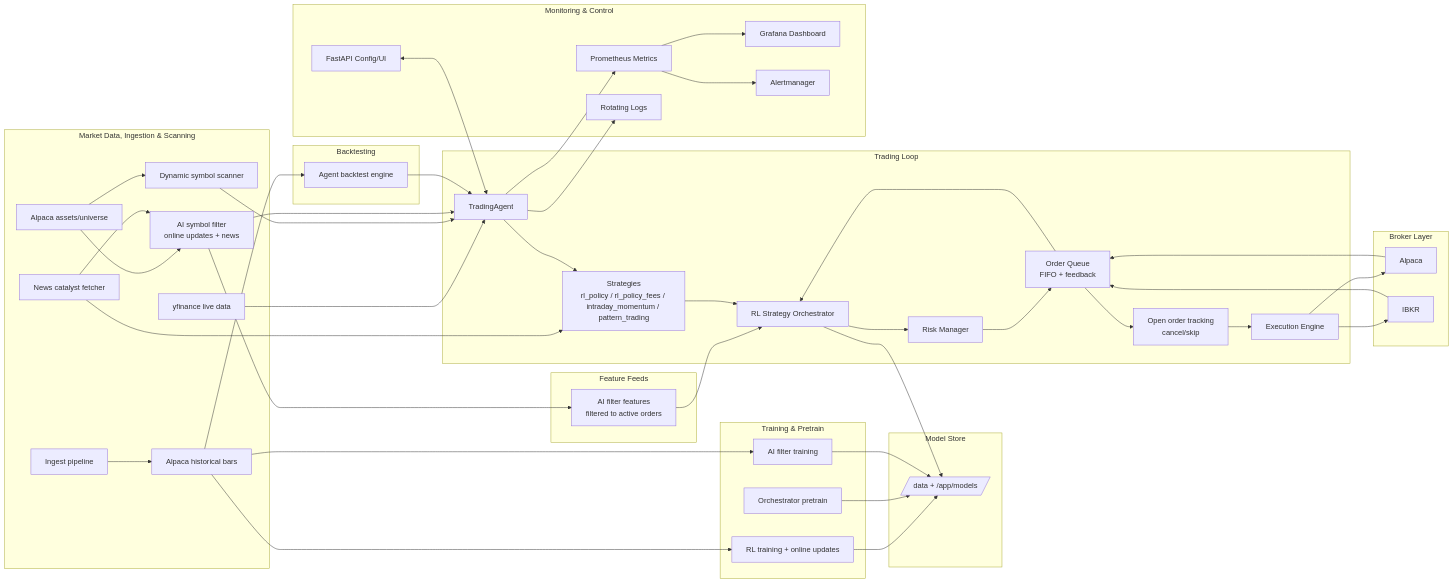
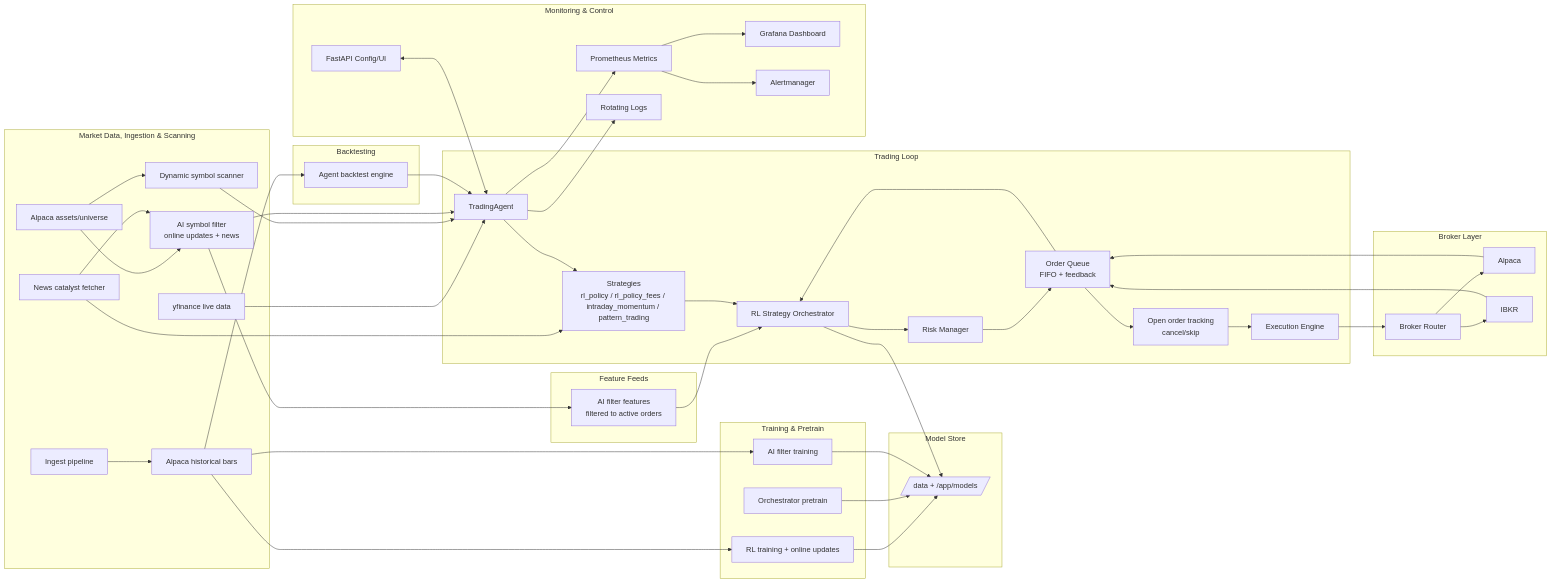
One commit to ilfrick/Fricktrade changed the diagram in README.md. Above: the diagram before and after it, drawn with Mermaid. The commit also changed other lines of this file, not shown here.

Commit message:
Update architecture diagram for broker router

````diff
--- a/README.md
+++ b/README.md
@@ -23,73 +23,75 @@
 ```mermaid
 flowchart LR
     subgraph Data["Market Data, Ingestion & Scanning"]
         YF[yfinance live data]
         AlpacaBars[Alpaca historical bars]
         AlpacaAssets[Alpaca assets/universe]
         Ingest[Ingest pipeline]
         Scan[Dynamic symbol scanner]
         AIFilter[AI symbol filter<br/>online updates + news]
         News[News catalyst fetcher]
     end
     subgraph Models["Model Store"]
         ModelStore[/data + /app/models/]
     end
     subgraph Core["Trading Loop"]
         Trader[TradingAgent]
         Strat[Strategies<br/>rl_policy / rl_policy_fees / intraday_momentum / pattern_trading]
         Orchestrator[RL Strategy Orchestrator]
         Risk[Risk Manager]
         Exec[Execution Engine]
         Queue[Order Queue<br/>FIFO + feedback]
         Orders[Open order tracking<br/>cancel/skip]
     end
     subgraph Features["Feature Feeds"]
         AIFeatures[AI filter features<br/>filtered to active orders]
     end
     subgraph Training["Training & Pretrain"]
         RLTrain[RL training + online updates]
         OrchPretrain[Orchestrator pretrain]
         AIFilterTrain[AI filter training]
     end
     subgraph Backtest["Backtesting"]
         AgentBT[Agent backtest engine]
     end
     subgraph Broker["Broker Layer"]
+        Router[Broker Router]
         Alpaca[Alpaca]
         IBKR[IBKR]
     end
     subgraph Observability["Monitoring & Control"]
         Metrics[Prometheus Metrics]
         Grafana[Grafana Dashboard]
         Alerting[Alertmanager]
         API[FastAPI Config/UI]
         Logs[Rotating Logs]
     end
 
     YF --> Trader
     AlpacaBars --> RLTrain
     AlpacaBars --> AgentBT
     AlpacaBars --> AIFilterTrain
     AlpacaAssets --> Scan
     AlpacaAssets --> AIFilter
     Scan --> Trader
     AIFilter --> Trader
     AIFilter --> AIFeatures --> Orchestrator
     News --> Strat
     News --> AIFilter
     Ingest --> AlpacaBars
     RLTrain --> ModelStore
     OrchPretrain --> ModelStore
     AIFilterTrain --> ModelStore
-    Trader --> Strat --> Orchestrator --> Risk --> Queue --> Orders --> Exec --> Alpaca
-    Exec --> IBKR
+    Trader --> Strat --> Orchestrator --> Risk --> Queue --> Orders --> Exec --> Router
+    Router --> Alpaca
+    Router --> IBKR
     Alpaca --> Queue
     IBKR --> Queue
     Queue --> Orchestrator
     Orchestrator --> ModelStore
     AgentBT --> Trader
     Trader --> Metrics --> Grafana
     Metrics --> Alerting
     Trader --> Logs
     API <--> Trader
 ```
````
